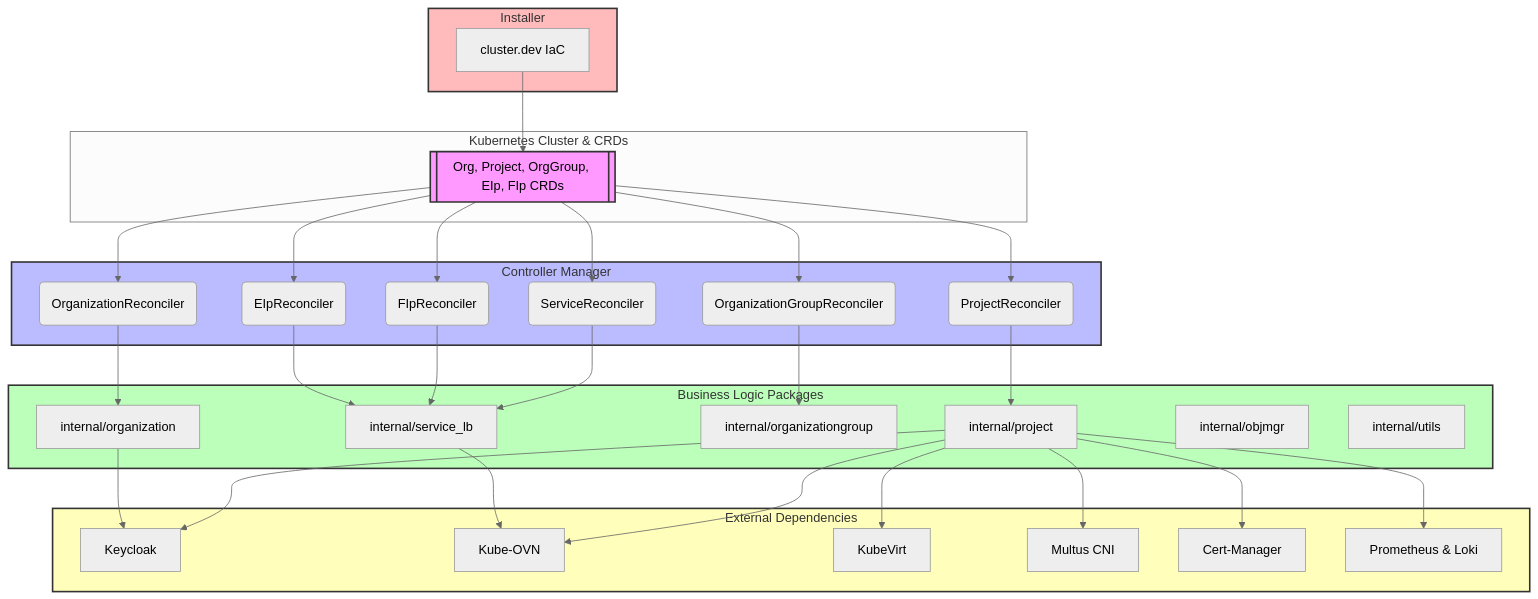
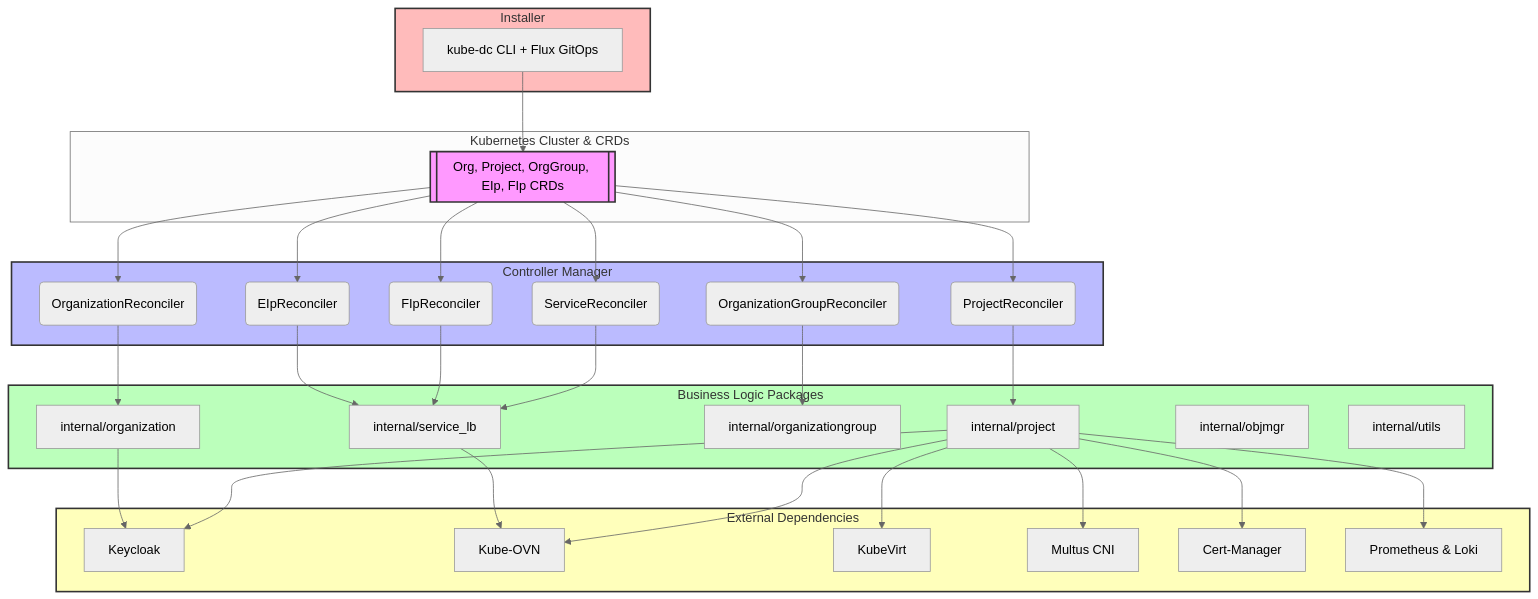
One commit to kube-dc/kube-dc-public changed the first of 3 diagrams in docs/platform/controller-diagram.md. Above: the diagram before and after it, drawn with Mermaid (neutral theme). The commit also changed 1 other file, not shown here.

Commit message:
Sync from private repo

````diff
--- a/docs/platform/controller-diagram.md
+++ b/docs/platform/controller-diagram.md
@@ -5,59 +5,59 @@
 ```mermaid
 flowchart TB
   subgraph Installer
-    CD[cluster.dev IaC]
+    CD[kube-dc CLI + Flux GitOps]
   end
 
   subgraph K8sCluster["Kubernetes Cluster & CRDs"]
     CRDs[["Org, Project, OrgGroup, EIp, FIp CRDs"]]
   end
 
   subgraph Manager["Controller Manager"]
     OR(OrganizationReconciler)
     PR(ProjectReconciler)
     OGR(OrganizationGroupReconciler)
     EIP(EIpReconciler)
     FIP(FIpReconciler)
     SR(ServiceReconciler)
   end
 
   subgraph Logic["Business Logic Packages"]
     OGi["internal/organization"]
     PI["internal/project"]
     OGG["internal/organizationgroup"]
     SLP["internal/service_lb"]
     OBJ["internal/objmgr"]
     UTL["internal/utils"]
   end
 
   subgraph Ext["External Dependencies"]
     KC[Keycloak]
     KO[Kube-OVN]
     KV[KubeVirt]
     ML[Multus CNI]
     CM[Cert-Manager]
     PM[Prometheus & Loki]
   end
 
   CD --> CRDs
   CRDs --> OR & PR & OGR & EIP & FIP & SR
 
   OR --> OGi
   PR --> PI
   OGR --> OGG
   EIP --> SLP
   FIP --> SLP
   SR --> SLP
 
   SLP --> KO
   OGi --> KC
   PI --> KO & KV & ML
   PI --> PM & CM
   PI --> KC
 
   style CRDs fill:#f9f,stroke:#333,stroke-width:2px
   style Manager fill:#bbf,stroke:#333,stroke-width:2px
   style Logic fill:#bfb,stroke:#333,stroke-width:2px
   style Ext fill:#ffb,stroke:#333,stroke-width:2px
   style Installer fill:#fbb,stroke:#333,stroke-width:2px
 ```
````
